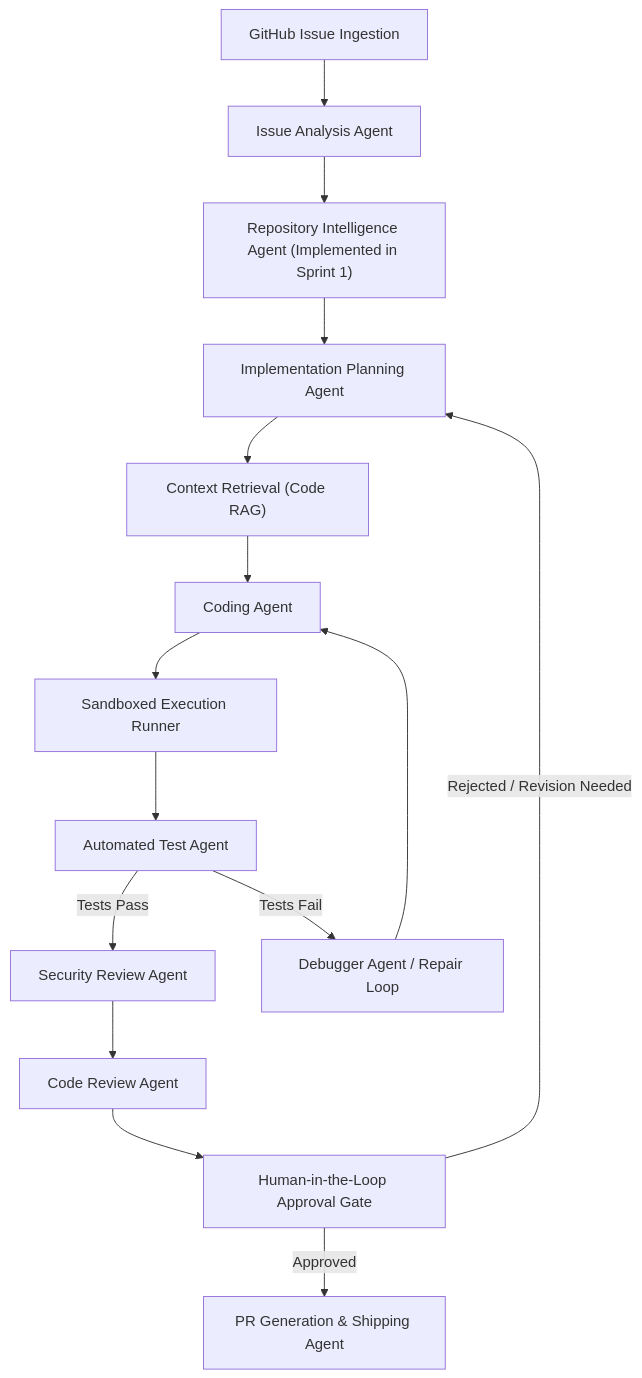
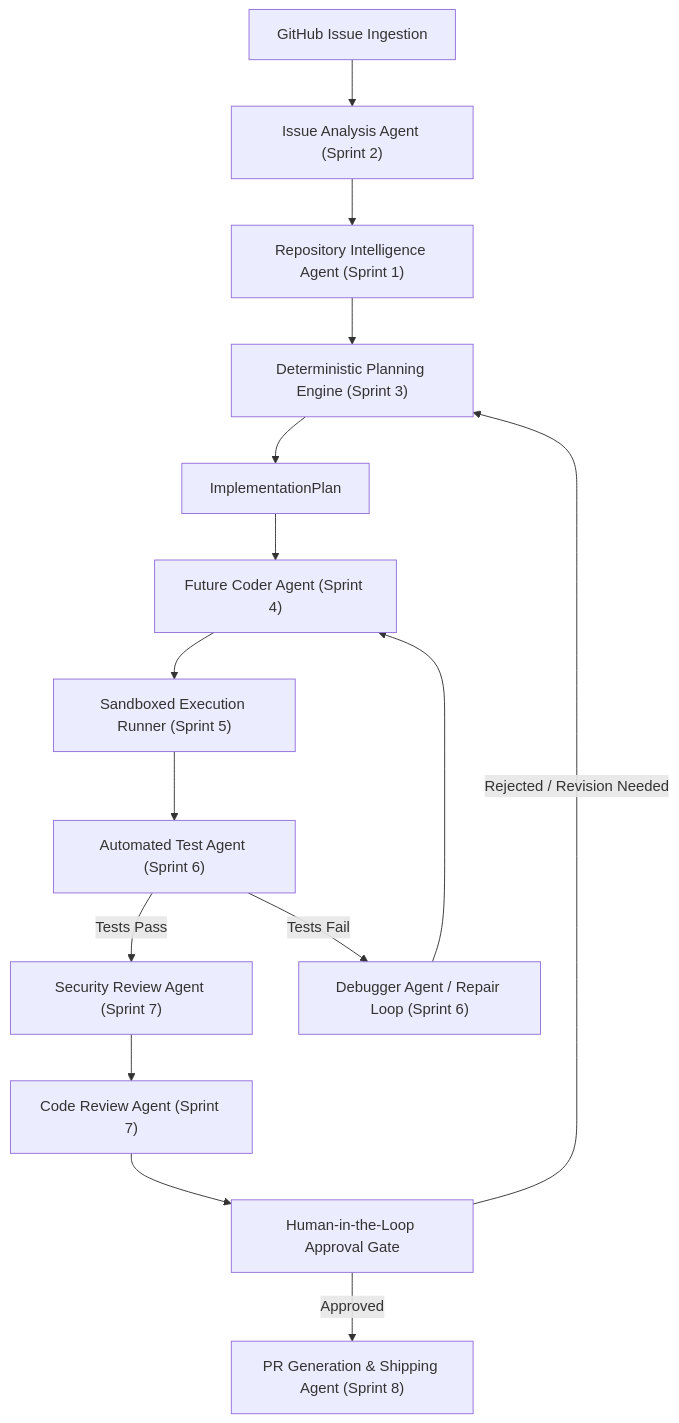
One commit to swikarb69/AgentForge changed the diagram in docs/architecture.md. Above: the diagram before and after it, drawn with Mermaid. The commit also changed other lines of this file and 11 other files, not shown here.

Commit message:
feat(planning): add planning engine pipeline

````diff
--- a/docs/architecture.md
+++ b/docs/architecture.md
@@ -27,17 +33,17 @@
 ```mermaid
 flowchart TD
-    A["GitHub Issue Ingestion"] --> B["Issue Analysis Agent"]
-    B --> C["Repository Intelligence Agent (Implemented in Sprint 1)"]
-    C --> D["Implementation Planning Agent"]
-    D --> E["Context Retrieval (Code RAG)"]
-    E --> F["Coding Agent"]
-    F --> G["Sandboxed Execution Runner"]
-    G --> H["Automated Test Agent"]
-    H -->|Tests Pass| J["Security Review Agent"]
-    H -->|Tests Fail| I["Debugger Agent / Repair Loop"]
+    A["GitHub Issue Ingestion"] --> B["Issue Analysis Agent (Sprint 2)"]
+    B --> C["Repository Intelligence Agent (Sprint 1)"]
+    C --> D["Deterministic Planning Engine (Sprint 3)"]
+    D --> E["ImplementationPlan"]
+    E --> F["Future Coder Agent (Sprint 4)"]
+    F --> G["Sandboxed Execution Runner (Sprint 5)"]
+    G --> H["Automated Test Agent (Sprint 6)"]
+    H -->|Tests Pass| J["Security Review Agent (Sprint 7)"]
+    H -->|Tests Fail| I["Debugger Agent / Repair Loop (Sprint 6)"]
     I --> F
-    J --> K["Code Review Agent"]
+    J --> K["Code Review Agent (Sprint 7)"]
     K --> L["Human-in-the-Loop Approval Gate"]
-    L -->|Approved| M["PR Generation & Shipping Agent"]
+    L -->|Approved| M["PR Generation & Shipping Agent (Sprint 8)"]
     L -->|Rejected / Revision Needed| D
 ```
````
